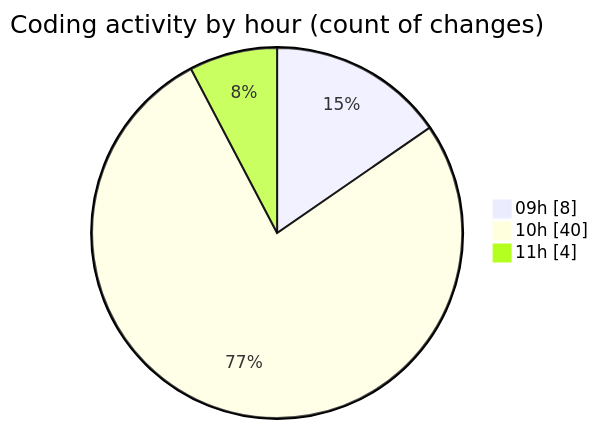
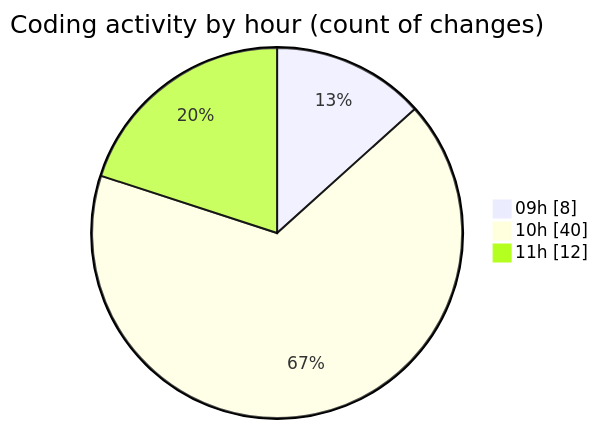
Before and after one commit to momahboobian/code-tracking: the second of 2 diagrams in 2025-09-01/cda/README.md, drawn with Mermaid. The commit also changed other lines of this file and 1 other file, not shown here.

````diff
--- a/2025-09-01/cda/README.md
+++ b/2025-09-01/cda/README.md
@@ -37,7 +37,7 @@
 ```mermaid
 pie showData
 title Coding activity by hour (count of changes)
 "09h" : 8
 "10h" : 40
-"11h" : 4
+"11h" : 12
 ```
````
